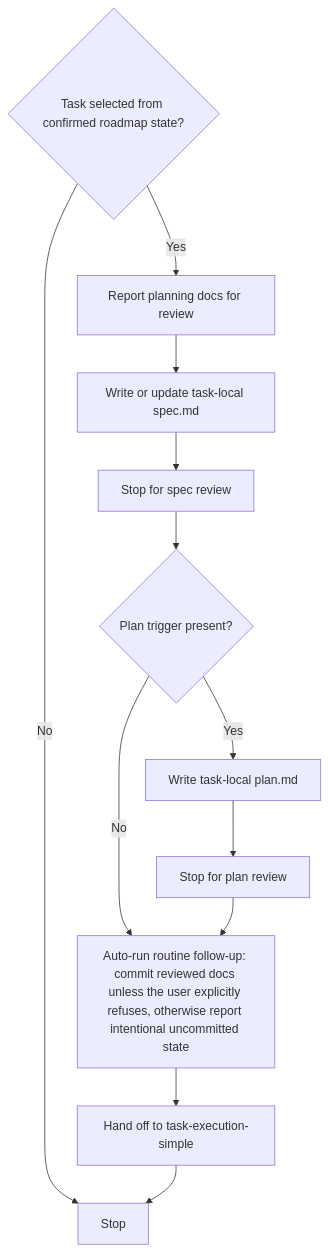
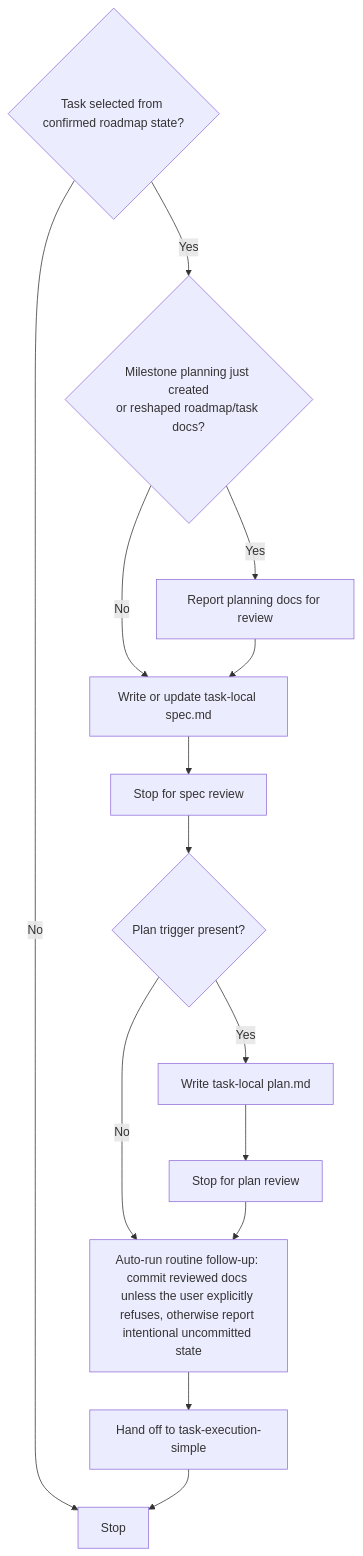
Before and after one commit to Adol1111/doc-driven-spec-workflow: the sixth of 7 diagrams in WORKFLOW-STRUCTURE.md, drawn with Mermaid. The commit also changed other lines of this file and 11 other files, not shown here.

````diff
--- a/WORKFLOW-STRUCTURE.md
+++ b/WORKFLOW-STRUCTURE.md
@@ -220,25 +220,28 @@
 ```mermaid
 flowchart TD
     Selected{Task selected from confirmed roadmap state?}
+    PlanningChanged{Milestone planning just created\nor reshaped roadmap/task docs?}
     PlanningReview[Report planning docs for review]
     Spec[Write or update task-local spec.md]
     SpecReview[Stop for spec review]
     NeedsPlan{Plan trigger present?}
     Plan[Write task-local plan.md]
     PlanReview[Stop for plan review]
     AutoOps[Auto-run routine follow-up: commit reviewed docs unless the user explicitly refuses, otherwise report intentional uncommitted state]
     Handoff[Hand off to task-execution-simple]
     Stop[Stop]
 
     Selected -- No --> Stop
-    Selected -- Yes --> PlanningReview
+    Selected -- Yes --> PlanningChanged
+    PlanningChanged -- Yes --> PlanningReview
+    PlanningChanged -- No --> Spec
     PlanningReview --> Spec
     Spec --> SpecReview
     SpecReview --> NeedsPlan
     NeedsPlan -- Yes --> Plan
     NeedsPlan -- No --> AutoOps
     Plan --> PlanReview
     PlanReview --> AutoOps
     AutoOps --> Handoff
     Handoff --> Stop
 ```
````
